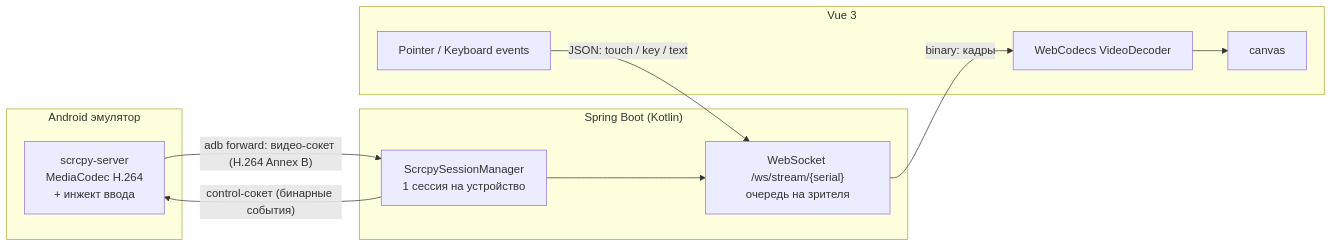
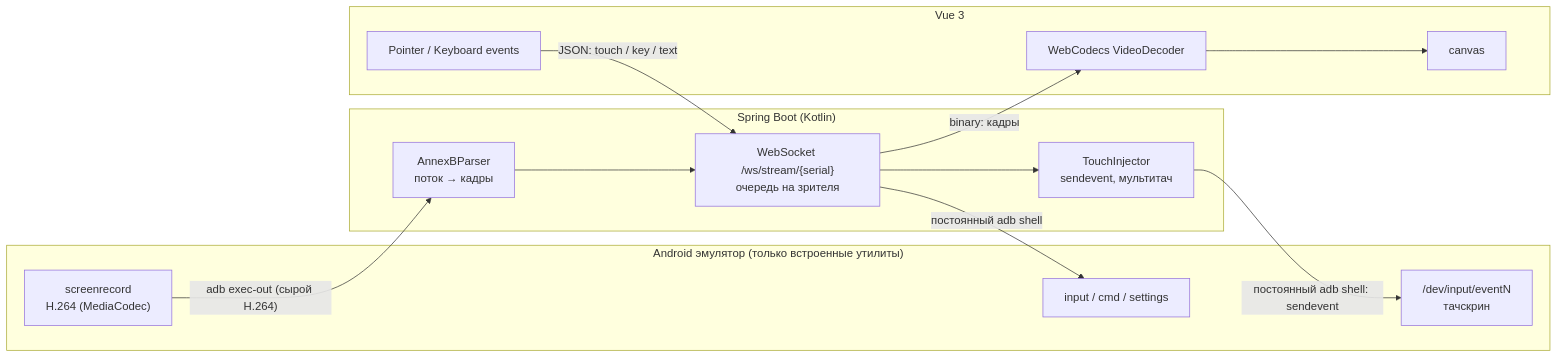
Before and after one commit to podstavkovindiailia-web/androidEmul: the diagram in README.md, drawn with Mermaid. The commit also changed other lines of this file and 25 other files, not shown here.

First line of the commit message:
Add native engine: stream and control without scrcpy

````diff
--- a/README.md
+++ b/README.md
@@ -10,19 +23,22 @@
 ```mermaid
 flowchart LR
-  subgraph Device["Android эмулятор"]
-    S["scrcpy-server<br/>MediaCodec H.264<br/>+ инжект ввода"]
+  subgraph Device["Android эмулятор (только встроенные утилиты)"]
+    R["screenrecord<br/>H.264 (MediaCodec)"]
+    T["/dev/input/eventN<br/>тачскрин"]
+    I["input / cmd / settings"]
   end
   subgraph Backend["Spring Boot (Kotlin)"]
-    M["ScrcpySessionManager<br/>1 сессия на устройство"]
+    P["AnnexBParser<br/>поток → кадры"]
+    TI["TouchInjector<br/>sendevent, мультитач"]
     W["WebSocket /ws/stream/{serial}<br/>очередь на зрителя"]
   end
   subgraph Browser["Vue 3"]
     D["WebCodecs VideoDecoder"] --> C["canvas"]
-    P["Pointer / Keyboard events"]
+    E["Pointer / Keyboard events"]
   end
-  S -- "adb forward: видео-сокет (H.264 Annex B)" --> M
-  M -- "control-сокет (бинарные события)" --> S
-  M --> W
+  R -- "adb exec-out (сырой H.264)" --> P --> W
   W -- "binary: кадры" --> D
-  P -- "JSON: touch / key / text" --> W
+  E -- "JSON: touch / key / text" --> W
+  W --> TI -- "постоянный adb shell: sendevent" --> T
+  W -- "постоянный adb shell" --> I
 ```
````
